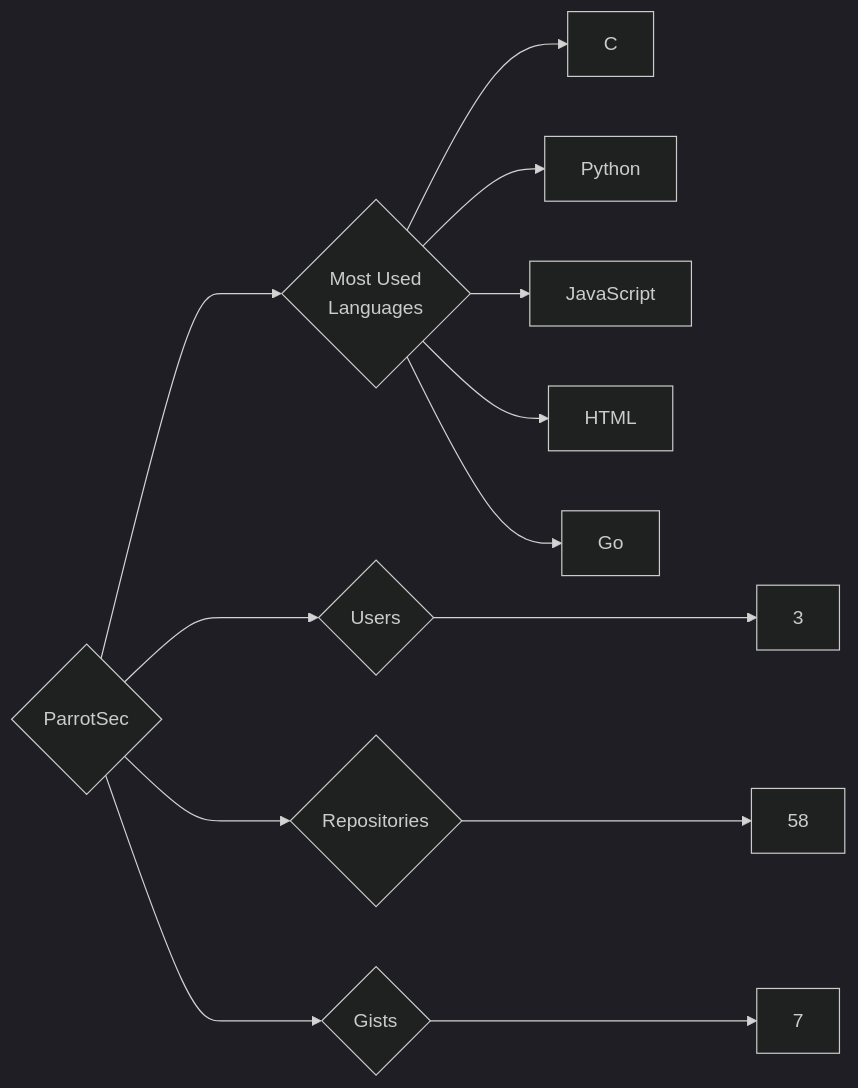
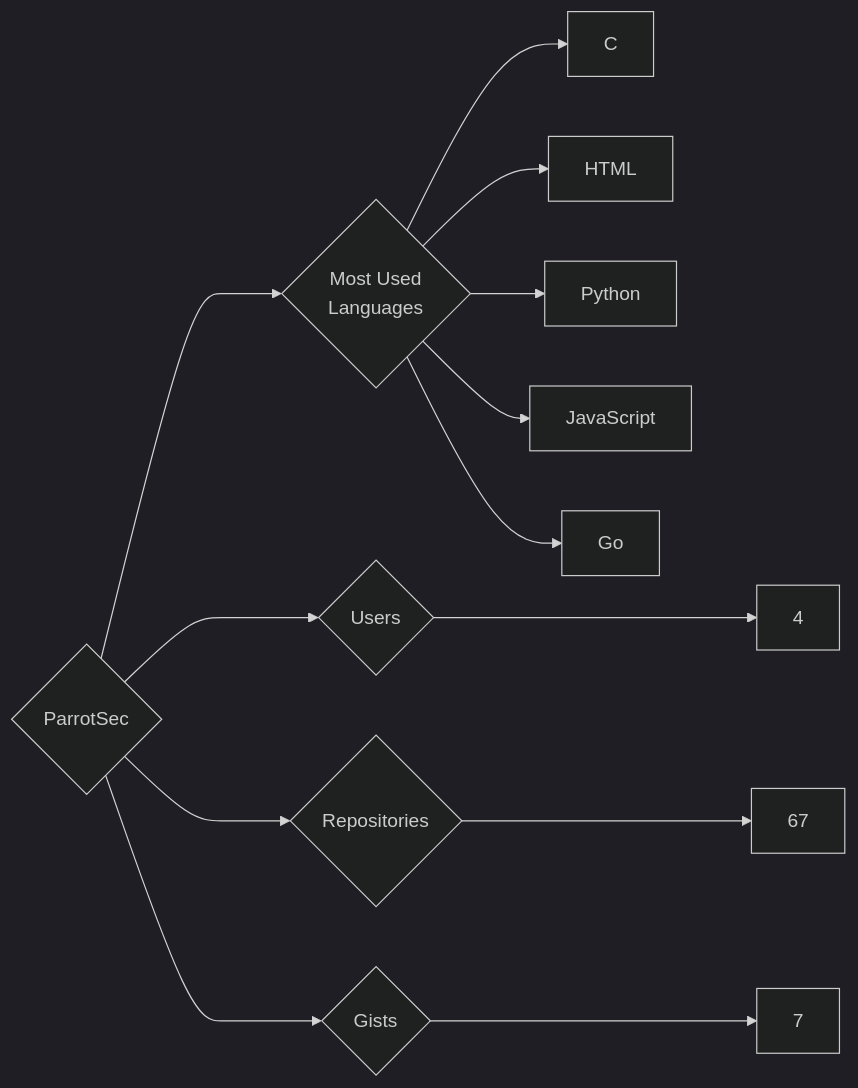
The diagram in targets/ParrotSec/README.md (trickest/insiders), drawn with Mermaid (dark theme) before and after one commit. The commit also changed 796 other files, not shown here.

````diff
--- a/targets/ParrotSec/README.md
+++ b/targets/ParrotSec/README.md
@@ -3,13 +3,13 @@
 ```mermaid
 graph LR
 COMPANY_NAME{ParrotSec}
-COMPANY_NAME ---> U{Users} ---> UN[3]
-COMPANY_NAME ---> R{Repositories} ---> RN[58]
+COMPANY_NAME ---> U{Users} ---> UN[4]
+COMPANY_NAME ---> R{Repositories} ---> RN[67]
 COMPANY_NAME ---> G{Gists} ---> GN[7]
 COMPANY_NAME ---> ML{Most Used<br>Languages}
 ML --> C[C]
+ML --> HTML[HTML]
 ML --> Python[Python]
 ML --> JavaScript[JavaScript]
-ML --> HTML[HTML]
 ML --> Go[Go]
 ```
````
